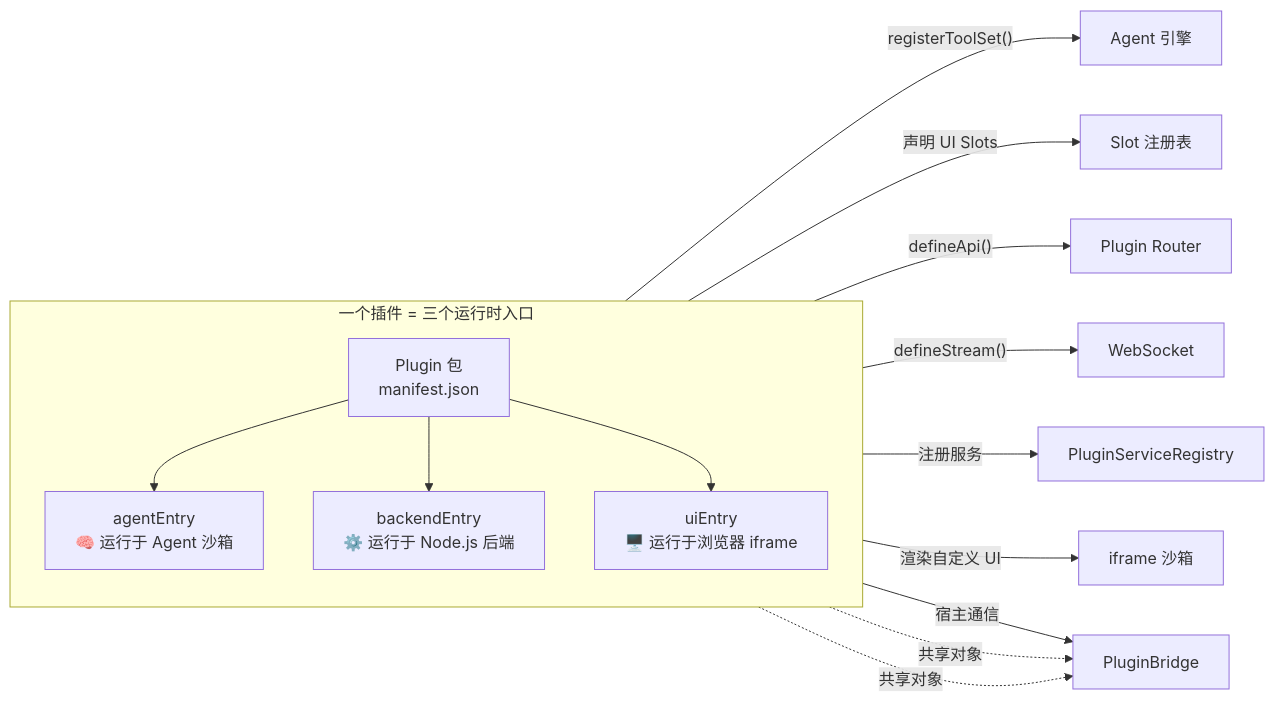
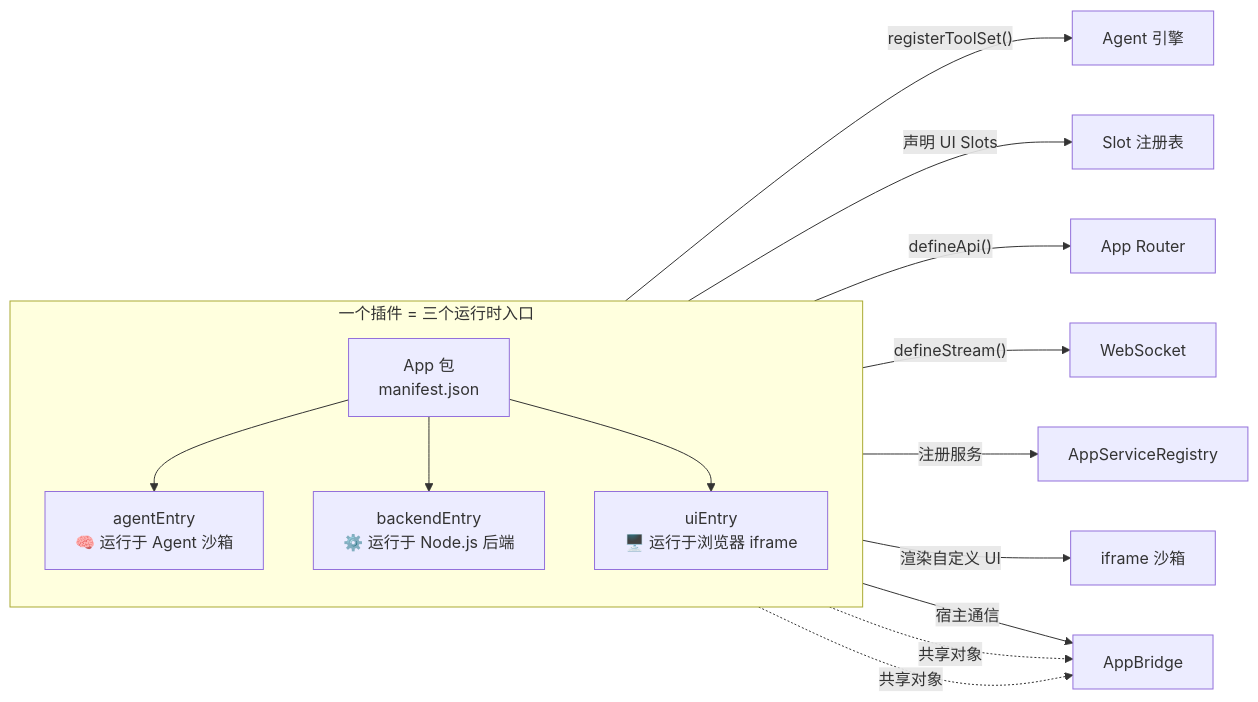
Before and after one commit to littlebadbadbad/agent-os: the third of 11 diagrams in agentOS产品介绍.md, drawn with Mermaid. The commit also changed other lines of this file and 1053 other files, not shown here.

Commit message:
plugin -> app

````diff
--- a/agentOS产品介绍.md
+++ b/agentOS产品介绍.md
@@ -118,21 +118,21 @@
 ```mermaid
 graph LR
     subgraph "一个插件 = 三个运行时入口"
         direction TB
-        P["Plugin 包<br/>manifest.json"]
+        P["App 包<br/>manifest.json"]
         P --> AE["agentEntry<br/>🧠 运行于 Agent 沙箱"]
         P --> BE["backendEntry<br/>⚙️ 运行于 Node.js 后端"]
         P --> UE["uiEntry<br/>🖥️ 运行于浏览器 iframe"]
     end
     
     AE -->|"registerToolSet()"| Agent["Agent 引擎"]
     AE -->|"声明 UI Slots"| UI["Slot 注册表"]
-    BE -->|"defineApi()"| Router["Plugin Router"]
+    BE -->|"defineApi()"| Router["App Router"]
     BE -->|"defineStream()"| WS["WebSocket"]
-    BE -->|"注册服务"| PSR["PluginServiceRegistry"]
+    BE -->|"注册服务"| PSR["AppServiceRegistry"]
     UE -->|"渲染自定义 UI"| Iframe["iframe 沙箱"]
-    UE -->|"宿主通信"| Bridge["PluginBridge"]
+    UE -->|"宿主通信"| Bridge["AppBridge"]
     
     AE -.->|"共享对象"| Bridge
     UE -.->|"共享对象"| Bridge
 ```
````
